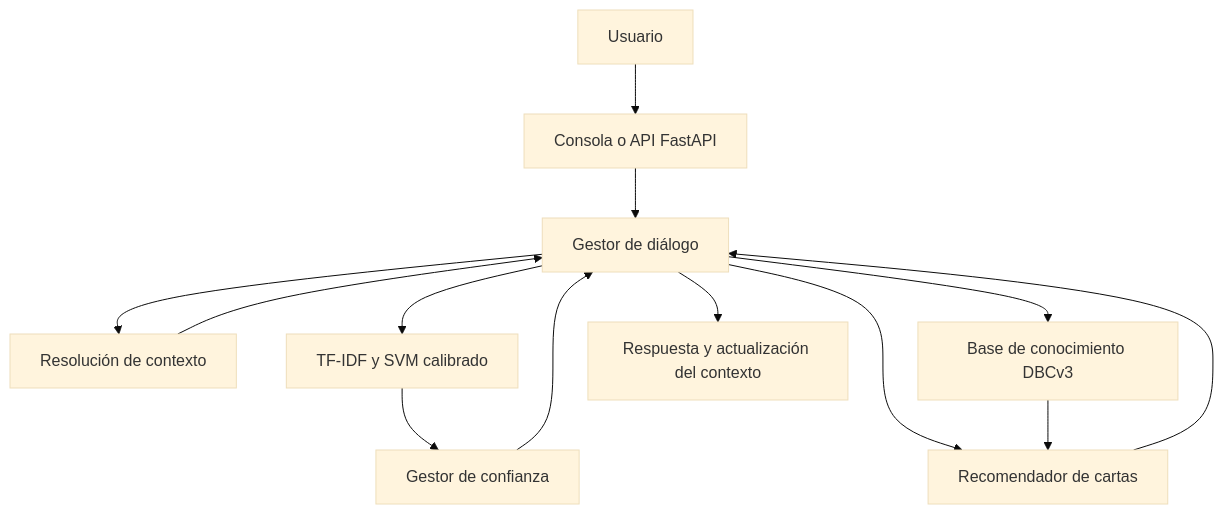
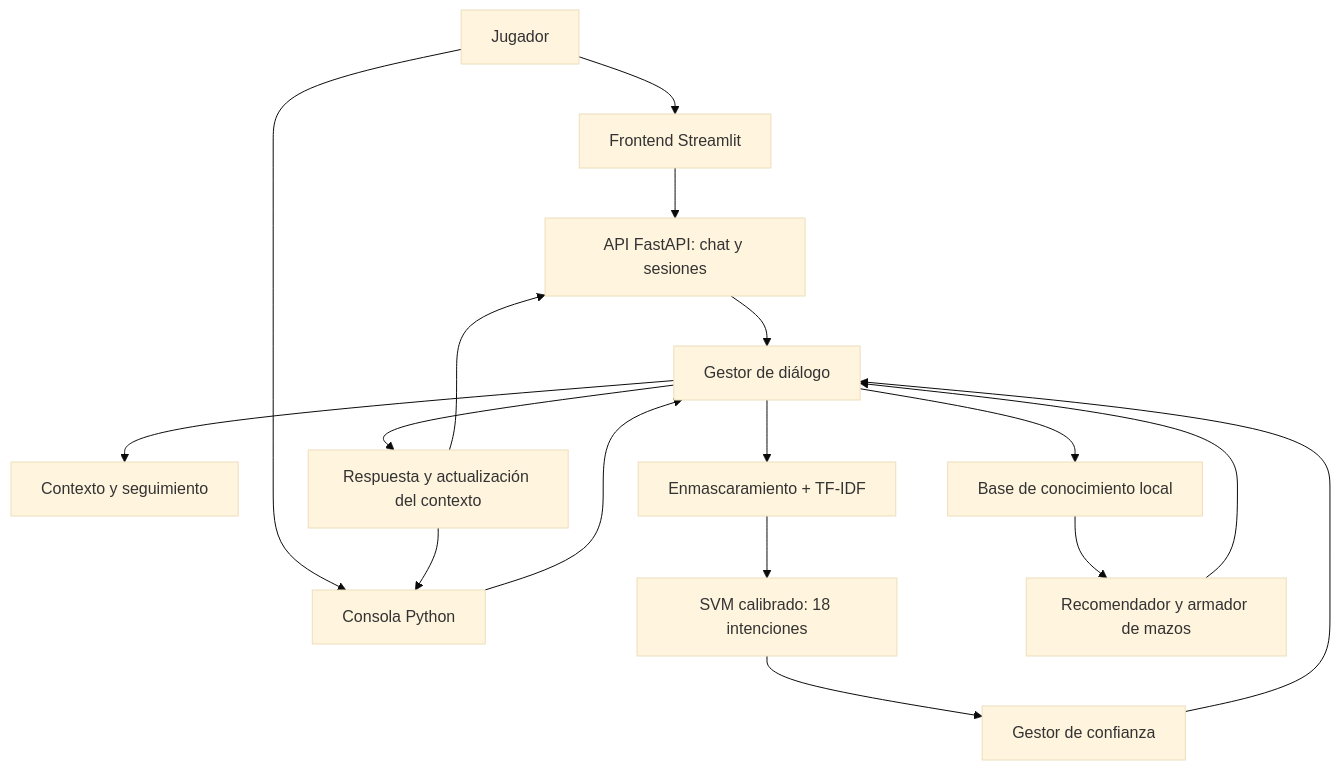
Before and after one commit to Kralog2/UMA-MUSUME-CHATBOT: the diagram in README.md, drawn with Mermaid (base theme). The commit also changed other lines of this file and 26 other files, not shown here.

````diff
--- a/README.md
+++ b/README.md
@@ -15,15 +15,19 @@
 ```mermaid
 flowchart TD
-    U[Usuario] --> I[Consola o API FastAPI]
-    I --> D[Gestor de diálogo]
-    D --> C[Resolución de contexto]
-    D --> N[TF-IDF y SVM calibrado]
-    N --> F[Gestor de confianza]
-    C --> D
-    F --> D
-    D --> K[Base de conocimiento DBCv3]
-    D --> R[Recomendador de cartas]
-    K --> R
-    R --> D
-    D --> S[Respuesta y actualización del contexto]
+    U[Jugador] --> FE[Frontend Streamlit]
+    U --> CO[Consola Python]
+    FE --> API[API FastAPI: chat y sesiones]
+    API --> DM[Gestor de diálogo]
+    CO --> DM
+    DM --> CT[Contexto y seguimiento]
+    DM --> NLP[Enmascaramiento + TF-IDF]
+    NLP --> SVM[SVM calibrado: 18 intenciones]
+    SVM --> CF[Gestor de confianza]
+    CF --> DM
+    DM --> KB[Base de conocimiento local]
+    KB --> RE[Recomendador y armador de mazos]
+    RE --> DM
+    DM --> OUT[Respuesta y actualización del contexto]
+    OUT --> API
+    OUT --> CO
 ```
````
